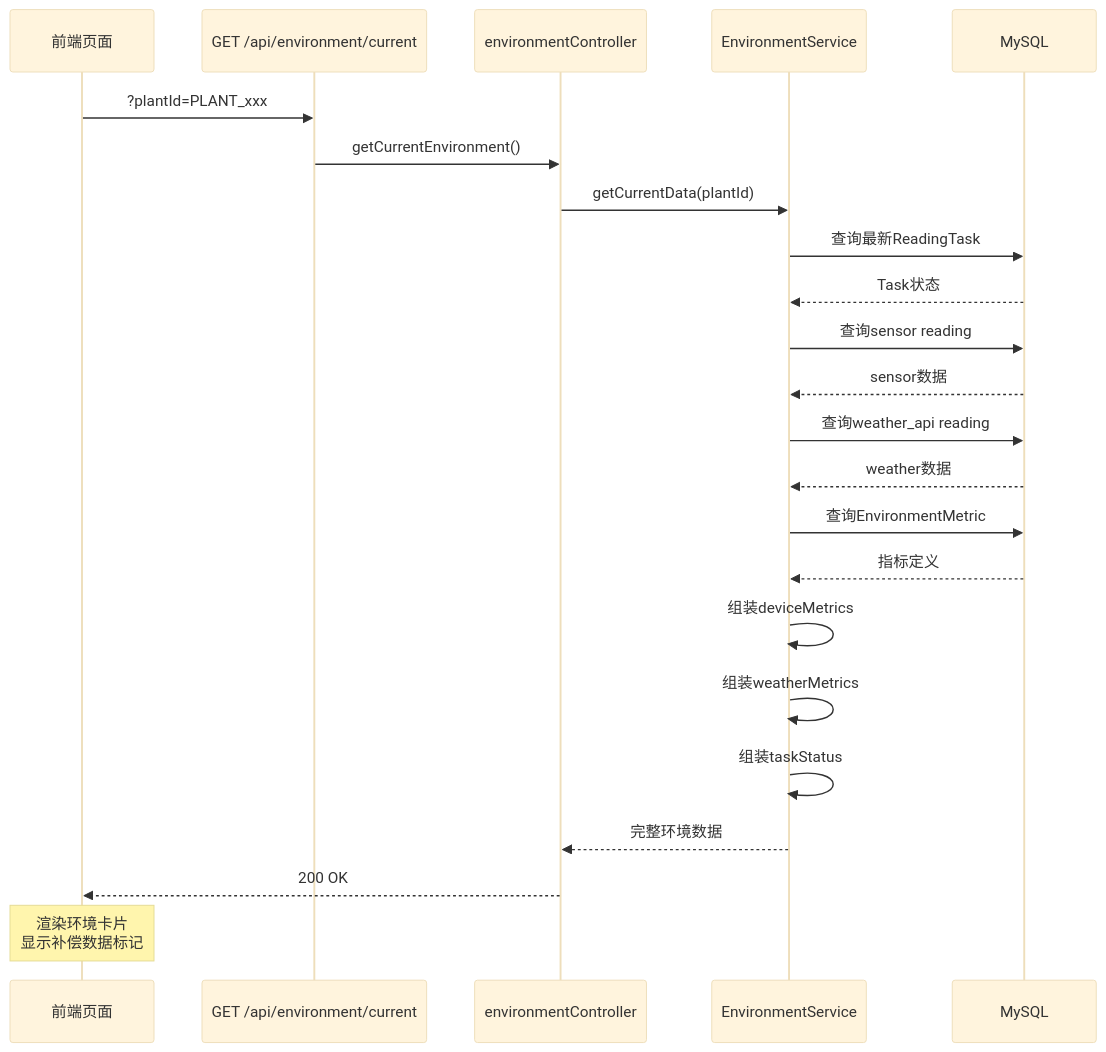
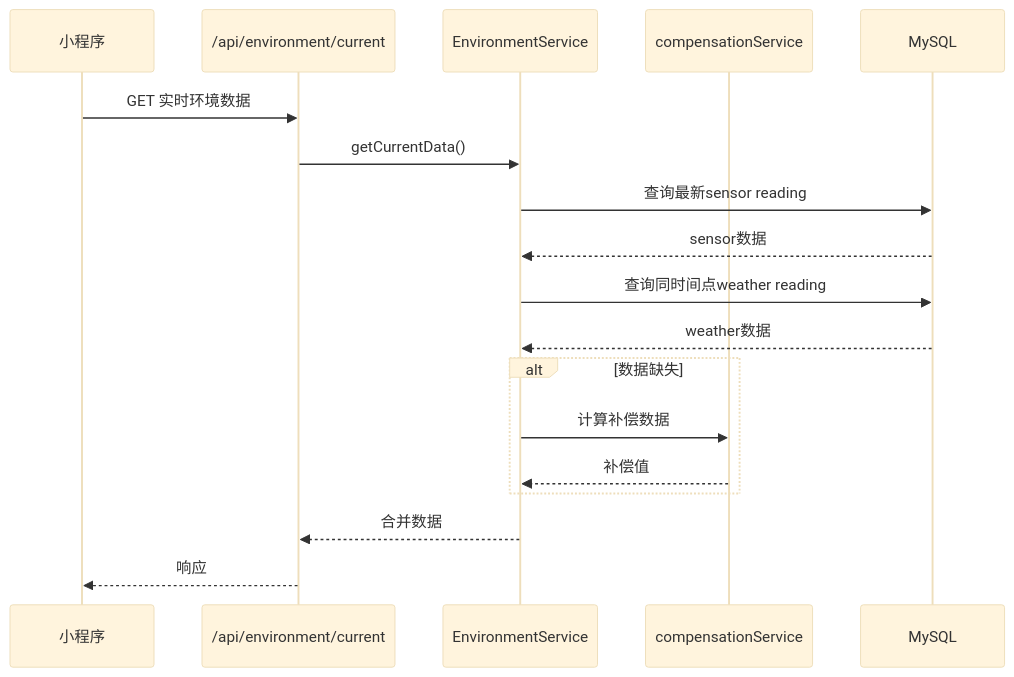
The seventh of 7 diagrams in docs/current/02-architecture/环境数据系统架构图.md (ShatterDusk/smart-garden-mvp), drawn with Mermaid (base theme) before and after one commit. The commit also changed other lines of this file and 329 other files, not shown here.

````diff
--- a/docs/current/02-architecture/环境数据系统架构图.md
+++ b/docs/current/02-architecture/环境数据系统架构图.md
@@ -402,33 +368,25 @@
 ```mermaid
 sequenceDiagram
-    participant Page as 前端页面
-    participant API as GET /api/environment/current
-    participant Controller as environmentController
-    participant Service as EnvironmentService
+    participant MP as 小程序
+    participant API as /api/environment/current
+    participant EnvS as EnvironmentService
+    participant CompS as compensationService
     participant DB as MySQL
+
+    MP->>API: GET 实时环境数据
+    API->>EnvS: getCurrentData()
     
-    Page->>API: ?plantId=PLANT_xxx
-    API->>Controller: getCurrentEnvironment()
-    Controller->>Service: getCurrentData(plantId)
+    EnvS->>DB: 查询最新sensor reading
+    DB-->>EnvS: sensor数据
     
-    Service->>DB: 查询最新ReadingTask
-    DB-->>Service: Task状态
+    EnvS->>DB: 查询同时间点weather reading
+    DB-->>EnvS: weather数据
     
-    Service->>DB: 查询sensor reading
-    DB-->>Service: sensor数据
+    alt 数据缺失
+        EnvS->>CompS: 计算补偿数据
+        CompS-->>EnvS: 补偿值
+    end
     
-    Service->>DB: 查询weather_api reading
-    DB-->>Service: weather数据
-    
-    Service->>DB: 查询EnvironmentMetric
-    DB-->>Service: 指标定义
-    
-    Service->>Service: 组装deviceMetrics
-    Service->>Service: 组装weatherMetrics
-    Service->>Service: 组装taskStatus
-    
-    Service-->>Controller: 完整环境数据
-    Controller-->>Page: 200 OK
-    
-    Note over Page: 渲染环境卡片<br/>显示补偿数据标记
+    EnvS-->>API: 合并数据
+    API-->>MP: 响应
 ```
````
